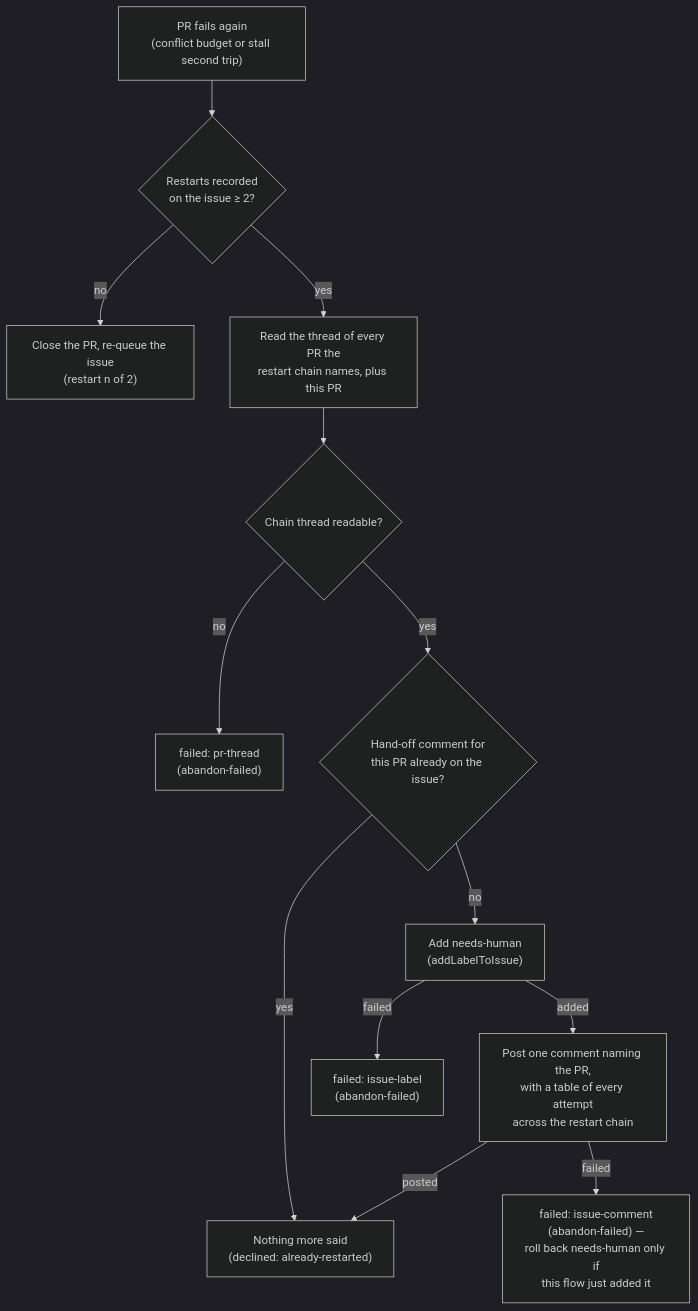
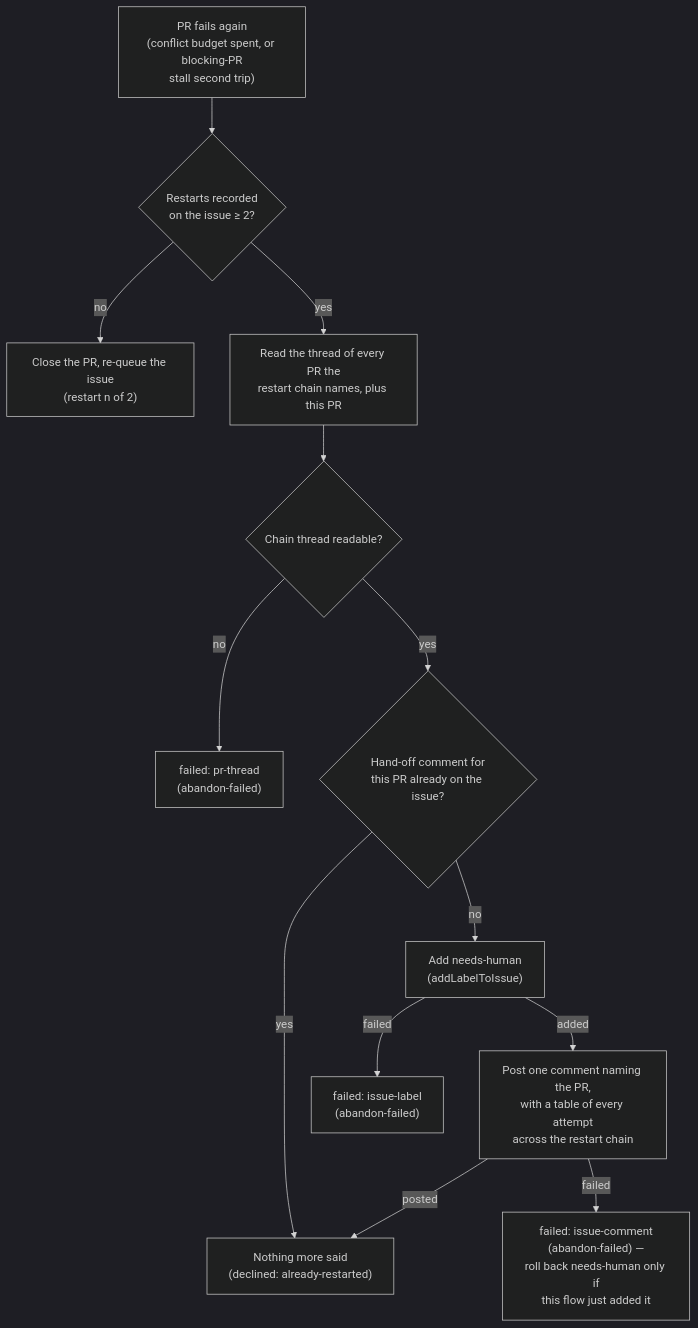
One commit to stSoftwareAU/VibeCoder changed the sixth of 9 diagrams in docs/workflows/merge-conflicts.md. Above: the diagram before and after it, drawn with Mermaid (dark theme). The commit also changed other lines of this file and 3 other files, not shown here.

````diff
--- a/docs/workflows/merge-conflicts.md
+++ b/docs/workflows/merge-conflicts.md
@@ -707,15 +716,15 @@
   ```mermaid
   flowchart TD
-      A["PR fails again<br/>(conflict budget or stall second trip)"] --> B{"Restarts recorded<br/>on the issue ≥ 2?"}
+      A["PR fails again<br/>(conflict budget spent, or blocking-PR<br/>stall second trip)"] --> B{"Restarts recorded<br/>on the issue ≥ 2?"}
       B -- no --> C["Close the PR, re-queue the issue<br/>(restart n of 2)"]
       B -- yes --> D["Read the thread of every PR the<br/>restart chain names, plus this PR"]
       D --> E{"Chain thread readable?"}
       E -- no --> F["failed: pr-thread<br/>(abandon-failed)"]
       E -- yes --> G{"Hand-off comment for<br/>this PR already on the issue?"}
       G -- yes --> H["Nothing more said<br/>(declined: already-restarted)"]
       G -- no --> I["Add needs-human<br/>(addLabelToIssue)"]
       I -- failed --> J["failed: issue-label<br/>(abandon-failed)"]
       I -- added --> K["Post one comment naming the PR,<br/>with a table of every attempt<br/>across the restart chain"]
       K -- posted --> H
       K -- failed --> L["failed: issue-comment<br/>(abandon-failed) —<br/>roll back needs-human only if<br/>this flow just added it"]
   ```
````
